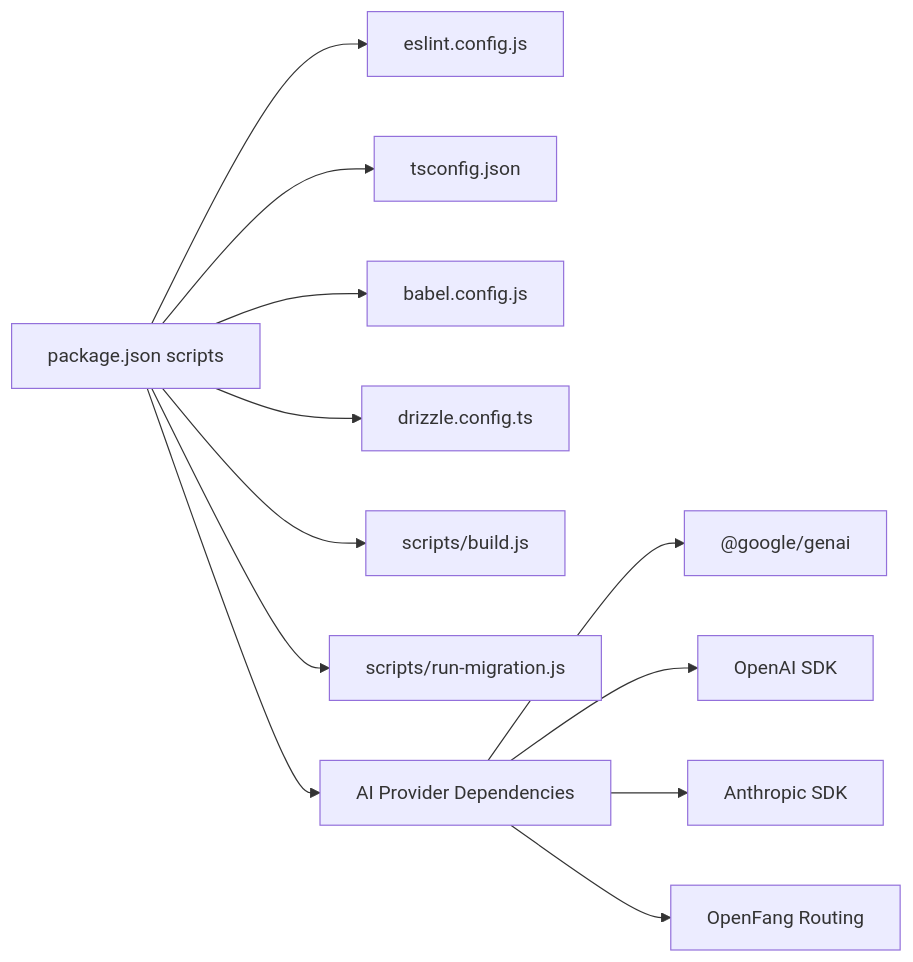
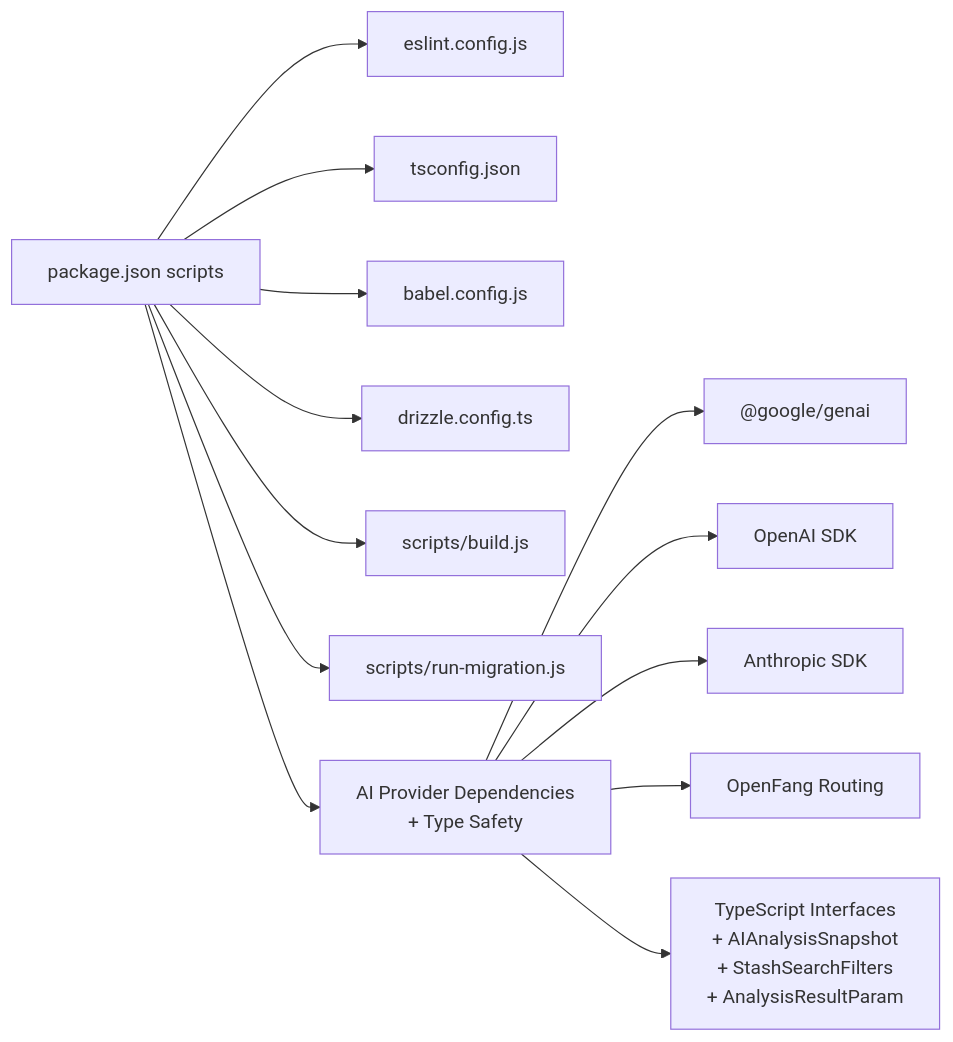
The tenth of 10 diagrams in .qoder/repowiki/en/content/Frontend Application/Development Workflow.md (hunglevi87/Hidden-Gem), drawn with Mermaid before and after one commit. The commit also changed other lines of this file and 14 other files, not shown here.

````diff
--- a/.qoder/repowiki/en/content/Frontend Application/Development Workflow.md
+++ b/.qoder/repowiki/en/content/Frontend Application/Development Workflow.md
@@ -622,14 +747,15 @@
 ```mermaid
 graph LR
 Pkg["package.json scripts"] --> ESL["eslint.config.js"]
 Pkg --> TS["tsconfig.json"]
 Pkg --> Babel["babel.config.js"]
 Pkg --> Driz["drizzle.config.ts"]
 Pkg --> Build["scripts/build.js"]
 Pkg --> Mig["scripts/run-migration.js"]
-Pkg --> AI["AI Provider Dependencies"]
+Pkg --> AI["AI Provider Dependencies<br/>+ Type Safety"]
 AI --> Gemini["@google/genai"]
 AI --> OpenAI["OpenAI SDK"]
 AI --> Anthropic["Anthropic SDK"]
 AI --> OpenFang["OpenFang Routing"]
+AI --> Interfaces["TypeScript Interfaces<br/>+ AIAnalysisSnapshot<br/>+ StashSearchFilters<br/>+ AnalysisResultParam"]
 ```
````
